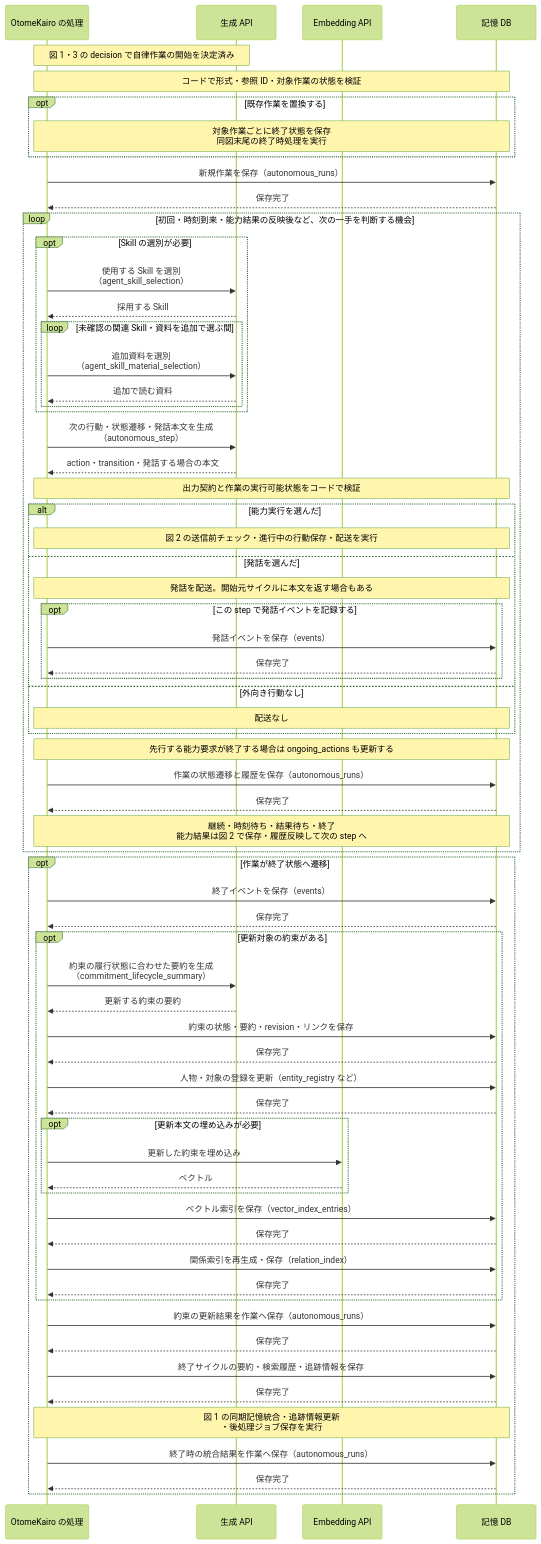
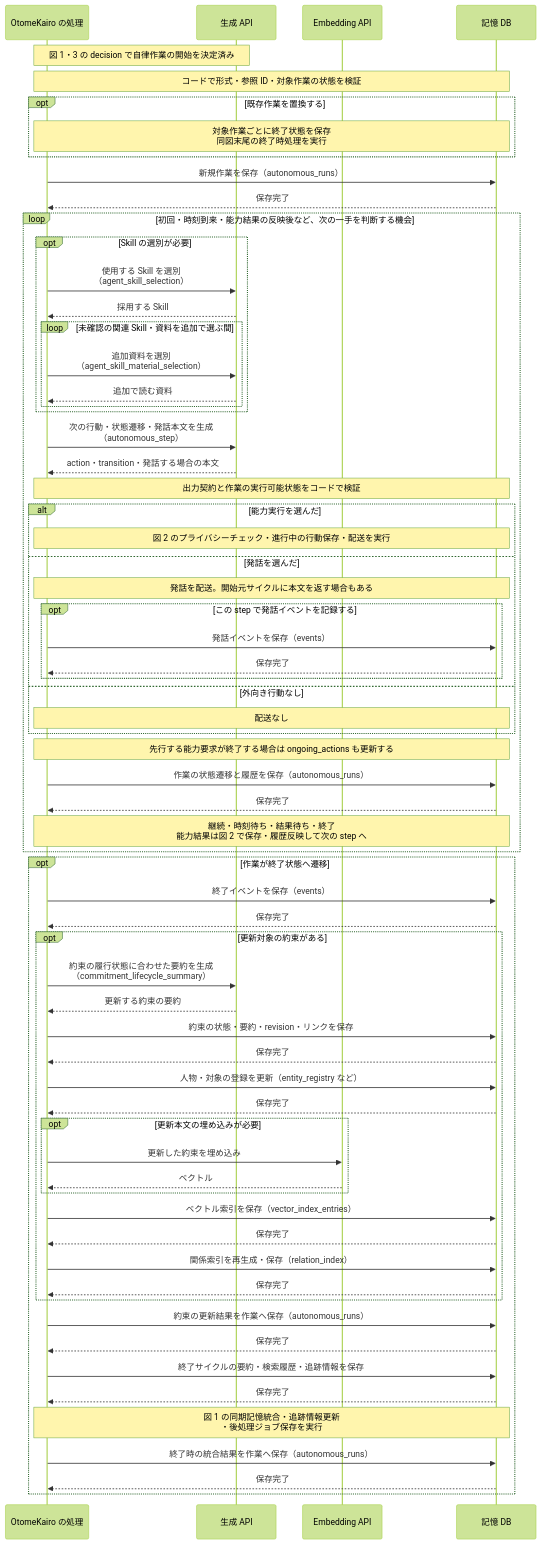
Before and after one commit to hirona98/OtomeKairo: the fourth of 7 diagrams in docs/design/llm/LLM呼び出しシーケンス.md, drawn with Mermaid (forest theme). The commit also changed other lines of this file and 19 other files, not shown here.

````diff
--- a/docs/design/llm/LLM呼び出しシーケンス.md
+++ b/docs/design/llm/LLM呼び出しシーケンス.md
@@ -318,71 +318,71 @@
 ```mermaid
 sequenceDiagram
     participant C as OtomeKairo の処理
     participant L as 生成 API
     participant E as Embedding API
     participant D as 記憶 DB
 
     Note over C,L: 図 1・3 の decision で自律作業の開始を決定済み
     Note over C,D: コードで形式・参照 ID・対象作業の状態を検証
     opt 既存作業を置換する
         Note over C,D: 対象作業ごとに終了状態を保存<br>同図末尾の終了時処理を実行
     end
     C->>D: 新規作業を保存（autonomous_runs）
     D-->>C: 保存完了
     loop 初回・時刻到来・能力結果の反映後など、次の一手を判断する機会
         opt Skill の選別が必要
             C->>L: 使用する Skill を選別<br>（agent_skill_selection）
             L-->>C: 採用する Skill
             loop 未確認の関連 Skill・資料を追加で選ぶ間
                 C->>L: 追加資料を選別<br>（agent_skill_material_selection）
                 L-->>C: 追加で読む資料
             end
         end
         C->>L: 次の行動・状態遷移・発話本文を生成<br>（autonomous_step）
         L-->>C: action・transition・発話する場合の本文
         Note over C,D: 出力契約と作業の実行可能状態をコードで検証
         alt 能力実行を選んだ
-            Note over C,D: 図 2 の送信前チェック・進行中の行動保存・配送を実行
+            Note over C,D: 図 2 のプライバシーチェック・進行中の行動保存・配送を実行
         else 発話を選んだ
             Note over C,D: 発話を配送。開始元サイクルに本文を返す場合もある
             opt この step で発話イベントを記録する
                 C->>D: 発話イベントを保存（events）
                 D-->>C: 保存完了
             end
         else 外向き行動なし
             Note over C,D: 配送なし
         end
         Note over C,D: 先行する能力要求が終了する場合は ongoing_actions も更新する
         C->>D: 作業の状態遷移と履歴を保存（autonomous_runs）
         D-->>C: 保存完了
         Note over C,D: 継続・時刻待ち・結果待ち・終了<br>能力結果は図 2 で保存・履歴反映して次の step へ
     end
 
     opt 作業が終了状態へ遷移
         C->>D: 終了イベントを保存（events）
         D-->>C: 保存完了
         opt 更新対象の約束がある
             C->>L: 約束の履行状態に合わせた要約を生成<br>（commitment_lifecycle_summary）
             L-->>C: 更新する約束の要約
             C->>D: 約束の状態・要約・revision・リンクを保存
             D-->>C: 保存完了
             C->>D: 人物・対象の登録を更新（entity_registry など）
             D-->>C: 保存完了
             opt 更新本文の埋め込みが必要
                 C->>E: 更新した約束を埋め込み
                 E-->>C: ベクトル
             end
             C->>D: ベクトル索引を保存（vector_index_entries）
             D-->>C: 保存完了
             C->>D: 関係索引を再生成・保存（relation_index）
             D-->>C: 保存完了
         end
         C->>D: 約束の更新結果を作業へ保存（autonomous_runs）
         D-->>C: 保存完了
         C->>D: 終了サイクルの要約・検索履歴・追跡情報を保存
         D-->>C: 保存完了
         Note over C,D: 図 1 の同期記憶統合・追跡情報更新<br>・後処理ジョブ保存を実行
         C->>D: 終了時の統合結果を作業へ保存（autonomous_runs）
         D-->>C: 保存完了
     end
 ```
````
